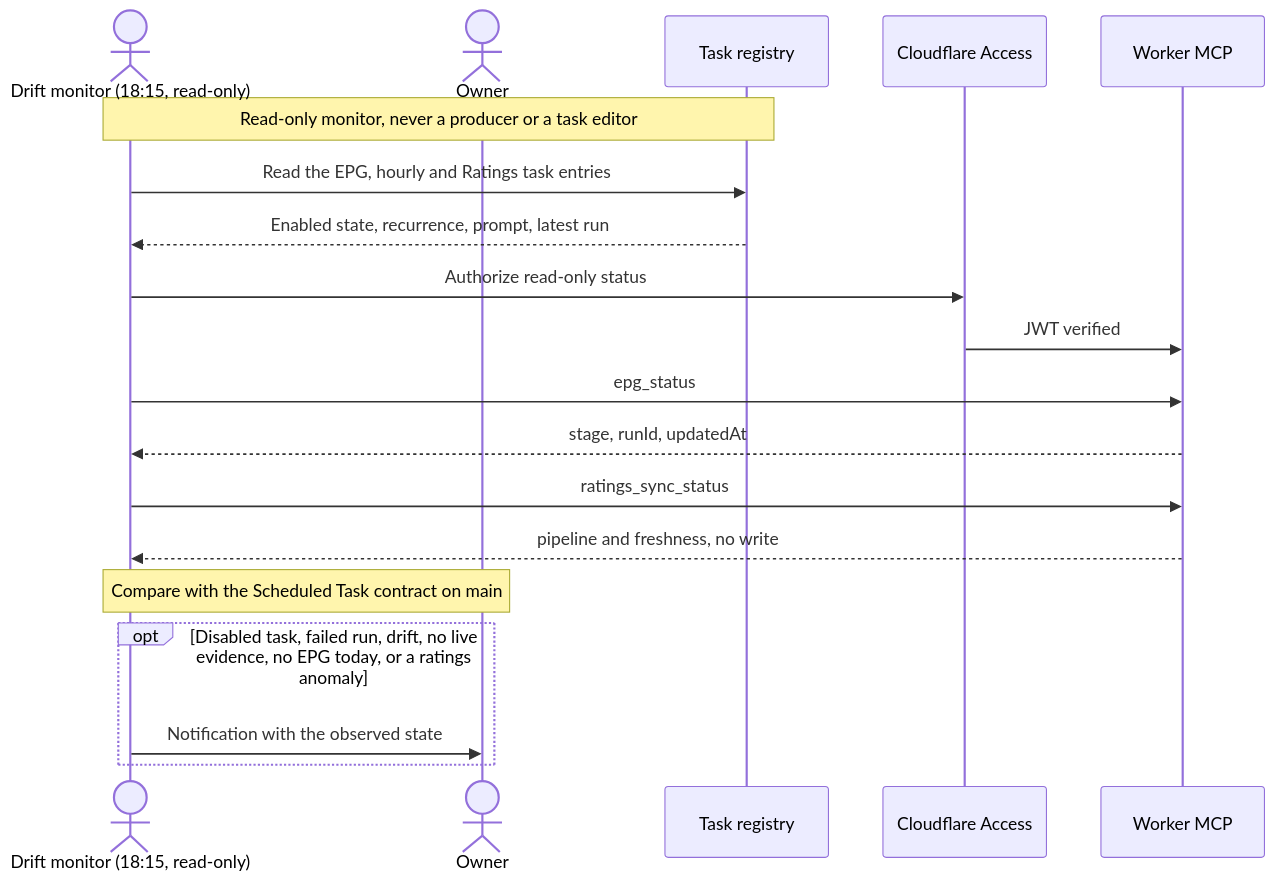
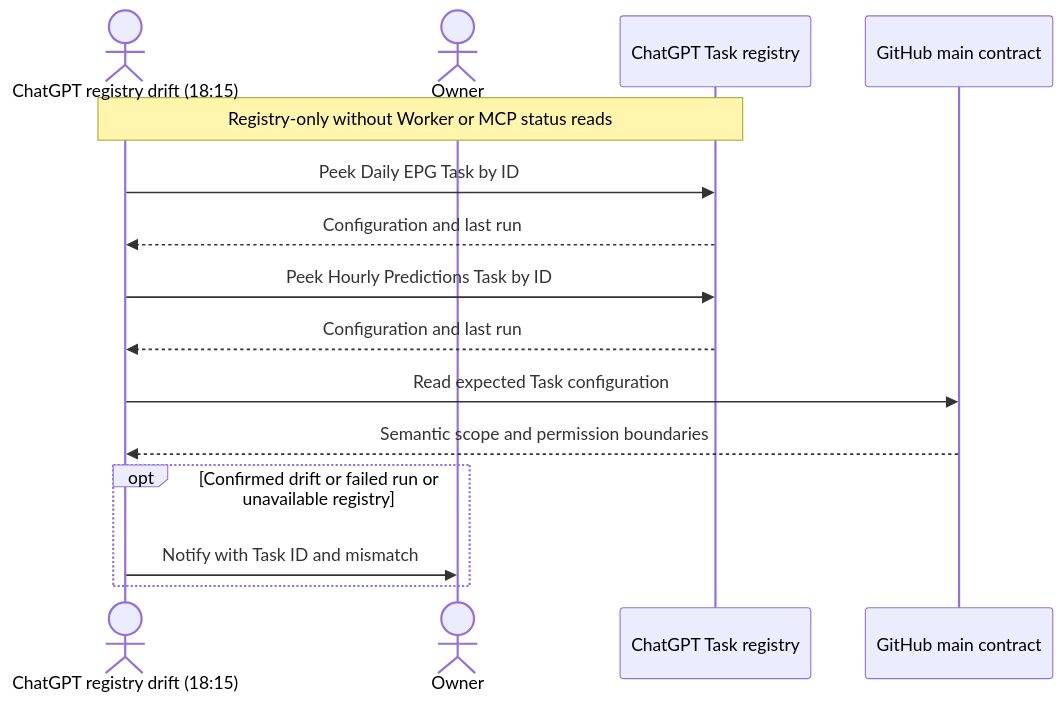
The third of 8 diagrams in docs/architecture/scheduling-and-orchestration.md (vladimino/iptv-watchlist), drawn with Mermaid before and after one commit. The commit also changed other lines of this file and 4 other files, not shown here.

First line of the commit message:
docs: scope ChatGPT Scheduled Task Drift to registry configuration (#408)

````diff
--- a/docs/architecture/scheduling-and-orchestration.md
+++ b/docs/architecture/scheduling-and-orchestration.md
@@ -82,21 +82,17 @@
 ```mermaid
 sequenceDiagram
-    actor Monitor as Drift monitor (18:15, read-only)
+    actor Monitor as ChatGPT registry drift (18:15)
     actor Owner as Owner
-    participant Registry as Task registry
-    participant Access as Cloudflare Access
-    participant MCP as Worker MCP
-    Note over Monitor,Registry: Read-only monitor, never a producer or a task editor
-    Monitor->>Registry: Read the EPG, hourly and Ratings task entries
-    Registry-->>Monitor: Enabled state, recurrence, prompt, latest run
-    Monitor->>Access: Authorize read-only status
-    Access->>MCP: JWT verified
-    Monitor->>MCP: epg_status
-    MCP-->>Monitor: stage, runId, updatedAt
-    Monitor->>MCP: ratings_sync_status
-    MCP-->>Monitor: pipeline and freshness, no write
-    Note over Monitor,Owner: Compare with the Scheduled Task contract on main
-    opt Disabled task, failed run, drift, no live evidence, no EPG today, or a ratings anomaly
-        Monitor->>Owner: Notification with the observed state
+    participant Registry as ChatGPT Task registry
+    participant Docs as GitHub main contract
+    Note over Monitor,Registry: Registry-only without Worker or MCP status reads
+    Monitor->>Registry: Peek Daily EPG Task by ID
+    Registry-->>Monitor: Configuration and last run
+    Monitor->>Registry: Peek Hourly Predictions Task by ID
+    Registry-->>Monitor: Configuration and last run
+    Monitor->>Docs: Read expected Task configuration
+    Docs-->>Monitor: Semantic scope and permission boundaries
+    opt Confirmed drift or failed run or unavailable registry
+        Monitor->>Owner: Notify with Task ID and mismatch
     end
 ```
````
